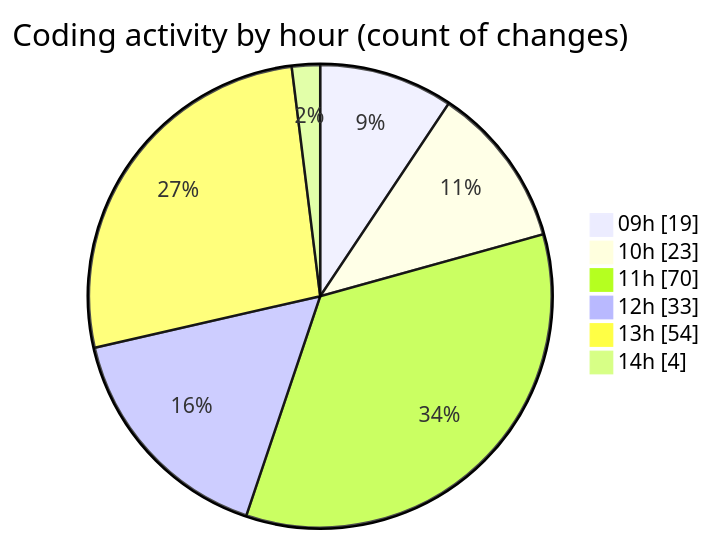
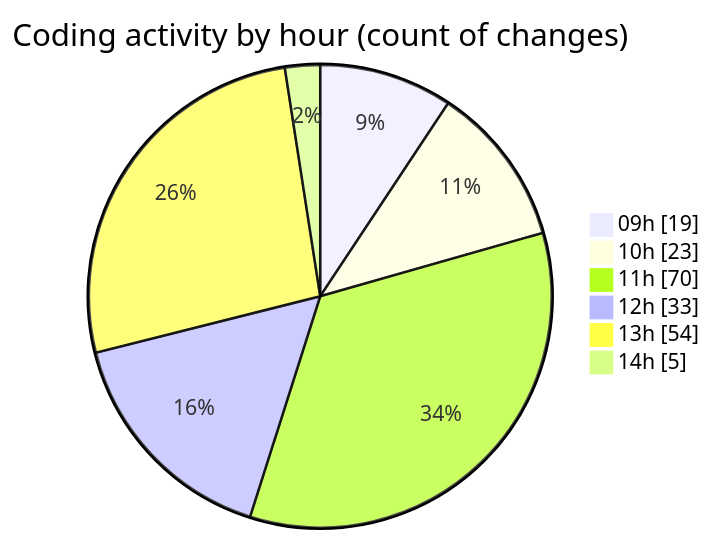
One commit to momahboobian/code-tracking changed the second of 2 diagrams in 2026-02-12/cda/README.md. Above: the diagram before and after it, drawn with Mermaid. The commit also changed other lines of this file and 1 other file, not shown here.

````diff
--- a/2026-02-12/cda/README.md
+++ b/2026-02-12/cda/README.md
@@ -51,10 +51,10 @@
 ```mermaid
 pie showData
 title Coding activity by hour (count of changes)
 "09h" : 19
 "10h" : 23
 "11h" : 70
 "12h" : 33
 "13h" : 54
-"14h" : 4
+"14h" : 5
 ```
````
